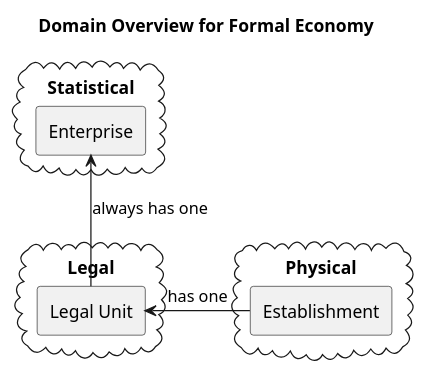
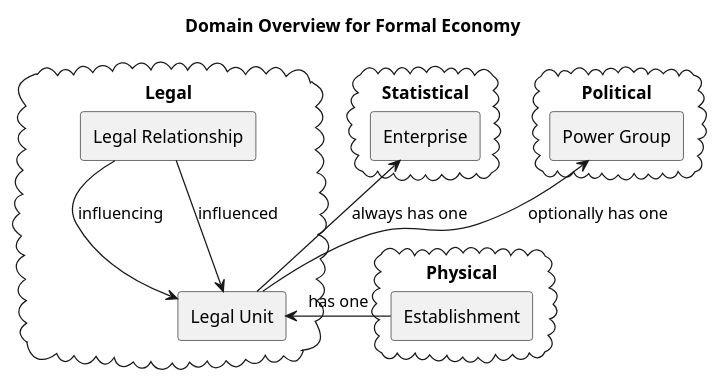
The diagram in doc/diagrams/domains-formal.plantuml (statisticsnorway/statbus), drawn with PlantUML before and after one commit. The commit also changed 53 other files, not shown here.

First line of the commit message:
db: Implement power_group system replacing enterprise_group

```diff
--- a/doc/diagrams/domains-formal.plantuml
+++ b/doc/diagrams/domains-formal.plantuml
@@ -1,19 +1,28 @@
 @startuml
 
 title Domain Overview for Formal Economy
+
+cloud "Physical" {
+  rectangle "Establishment" AS ES
+}
+
+cloud "Legal" {
+  rectangle "Legal Unit" AS LU
+  rectangle "Legal Relationship" AS LR
+}
 
 cloud "Statistical" {
   rectangle "Enterprise" AS EN
 }
 
-cloud "Legal" {
-  rectangle "Legal Unit" AS LU
+cloud "Political" {
+  rectangle "Power Group" AS PG
 }
 
-cloud "Physical" {
-  rectangle "Establishment" AS ES
-}
 
 LU -up-> EN : always has one
+LU -up-> PG : optionally has one
+LR -down-> LU : influencing
+LR -down-> LU : influenced
 ES -left-> LU : has one
 @enduml
```
